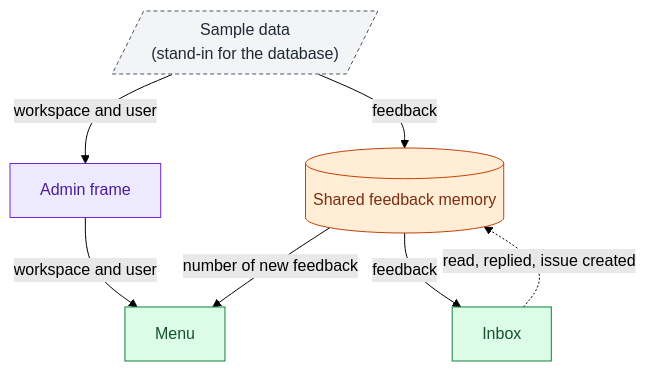
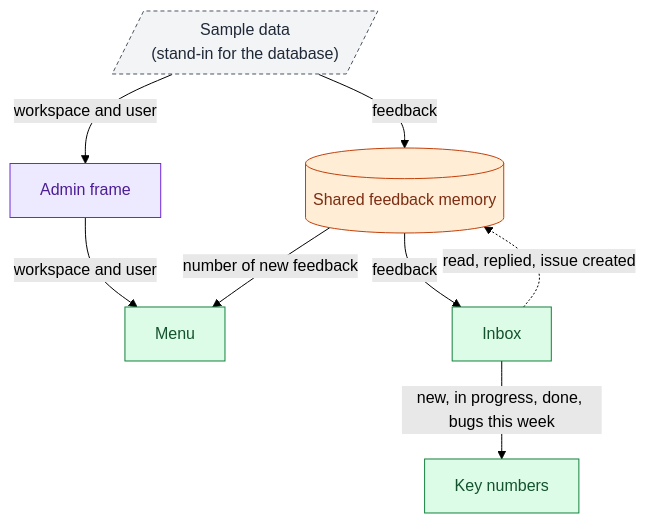
One commit to AlberteViendahl/feedback changed the tenth of 13 diagrams in apps/admin/docs/architecture.md. Above: the diagram before and after it, drawn with Mermaid (forest theme). The commit also changed other lines of this file, not shown here.

Commit message:
Updates to architecture

````diff
--- a/apps/admin/docs/architecture.md
+++ b/apps/admin/docs/architecture.md
@@ -416,21 +427,23 @@
 ```mermaid
 flowchart TD
   Sample[/"Sample data<br/>(stand-in for the database)"/]:::mock
   Frame["Admin frame"]:::layout
   Memory[("Shared feedback memory")]:::store
   Menu["Menu"]:::component
   Inbox["Inbox"]:::component
+  KeyNums["Key numbers"]:::component
 
   Sample -- "workspace and user" --> Frame
   Sample -- "feedback" --> Memory
   Frame -- "workspace and user" --> Menu
   Memory -- "number of new feedback" --> Menu
   Memory -- "feedback" --> Inbox
+  Inbox -- "new, in progress, done, bugs this week" --> KeyNums
   Inbox -. "read, replied, issue created" .-> Memory
 
   classDef page fill:#DBEAFE,stroke:#1D4ED8,color:#1E3A8A
   classDef layout fill:#EDE9FE,stroke:#6D28D9,color:#4C1D95
   classDef component fill:#DCFCE7,stroke:#15803D,color:#14532D
   classDef store fill:#FFEDD5,stroke:#C2410C,color:#7C2D12
   classDef mock fill:#F3F4F6,stroke:#4B5563,color:#1F2937,stroke-dasharray:4 3
 ```
````
